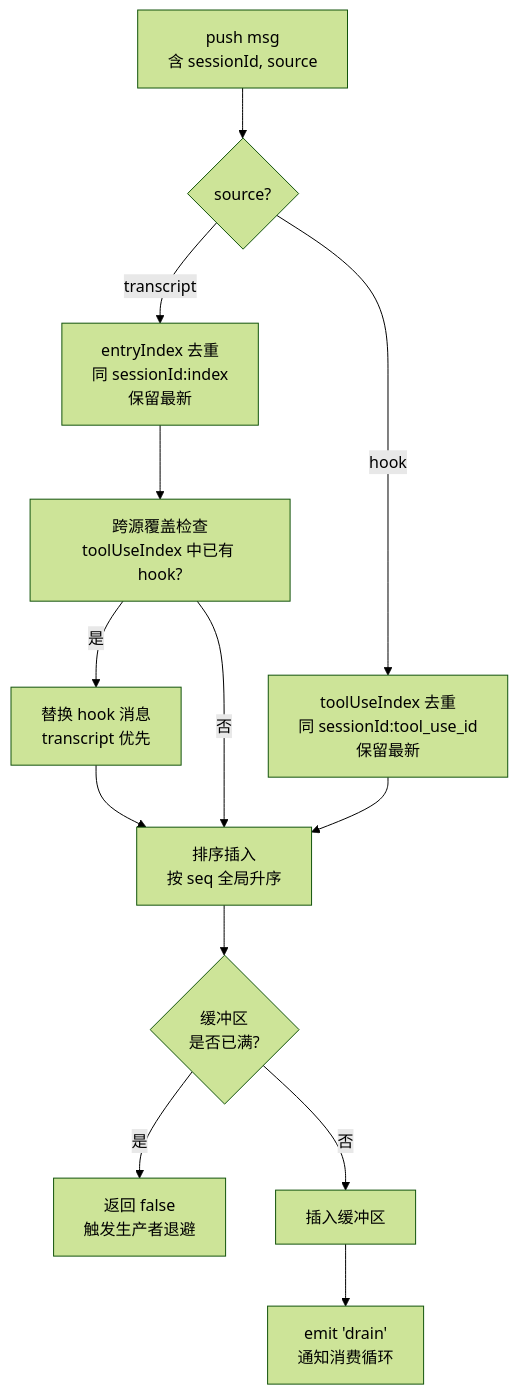
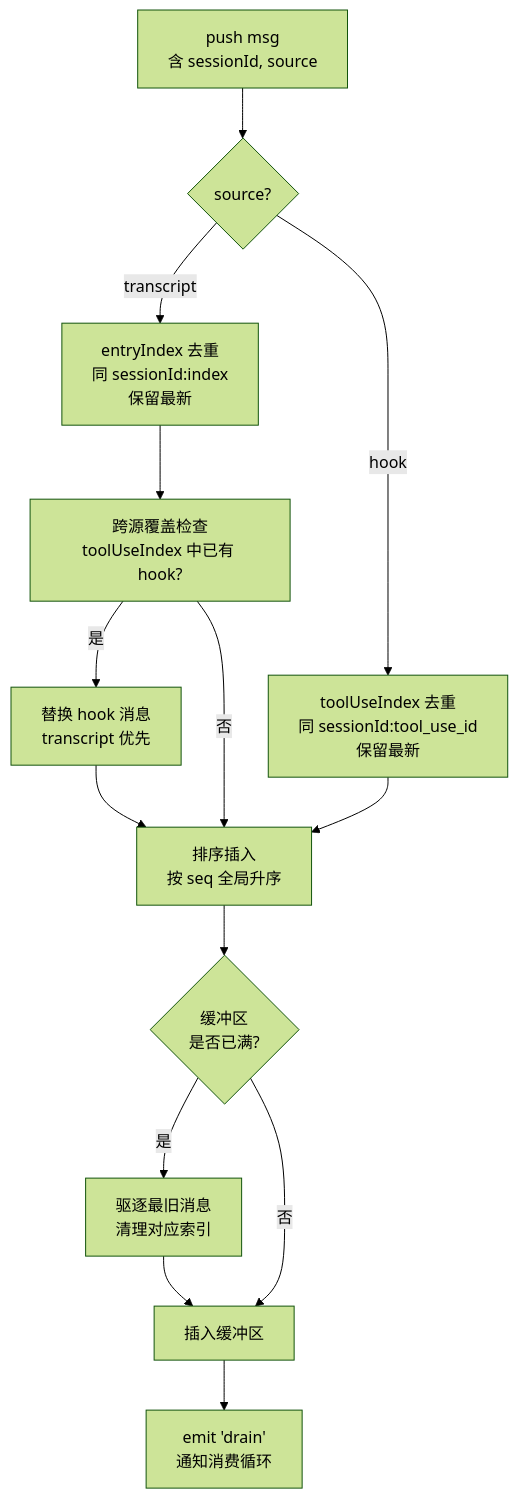
One commit to Menfre01/mypilot changed the fifth of 10 diagrams in docs/transcript-tailer-architecture.md. Above: the diagram before and after it, drawn with Mermaid (forest theme). The commit also changed other lines of this file and 25 other files, not shown here.

````diff
--- a/docs/transcript-tailer-architecture.md
+++ b/docs/transcript-tailer-architecture.md
@@ -349,15 +284,16 @@
 ```mermaid
 flowchart TD
     PUSH[push msg<br/>含 sessionId, source] --> SRC_CHECK{source?}
     SRC_CHECK -->|transcript| T_DEDUP[entryIndex 去重<br/>同 sessionId:index<br/>保留最新]
     SRC_CHECK -->|hook| H_DEDUP[toolUseIndex 去重<br/>同 sessionId:tool_use_id<br/>保留最新]
     T_DEDUP --> CROSS[跨源覆盖检查<br/>toolUseIndex 中已有 hook?]
     CROSS -->|是| REPLACE[替换 hook 消息<br/>transcript 优先]
     CROSS -->|否| SORT
     H_DEDUP --> SORT
     REPLACE --> SORT[排序插入<br/>按 seq 全局升序]
     SORT --> CHECK{缓冲区<br/>是否已满?}
-    CHECK -->|是| REJECT[返回 false<br/>触发生产者退避]
+    CHECK -->|是| EVICT[驱逐最旧消息<br/>清理对应索引]
     CHECK -->|否| INSERT[插入缓冲区]
+    EVICT --> INSERT
     INSERT --> NOTIFY[emit 'drain'<br/>通知消费循环]
 ```
````
